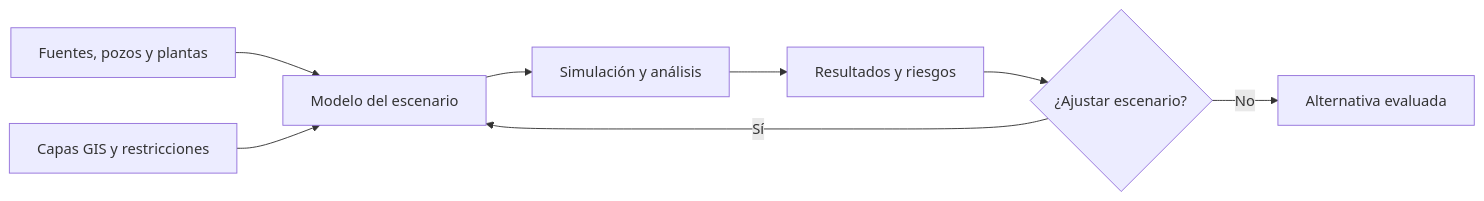
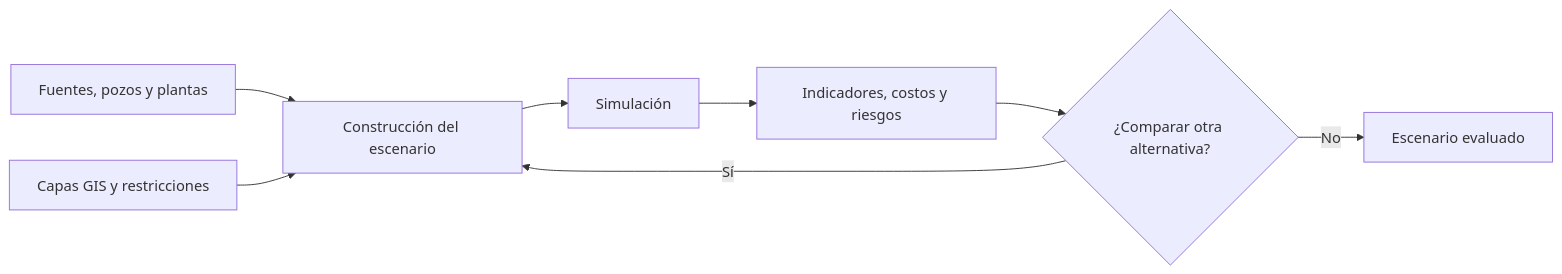
The diagram in README.md (isaiassolis/industrial-water-logistics-simulation), drawn with Mermaid before and after one commit. The commit also changed other lines of this file, not shown here.

````diff
--- a/README.md
+++ b/README.md
@@ -85,10 +91,10 @@
 ```mermaid
 flowchart LR
-  A[Fuentes, pozos y plantas] --> B[Modelo del escenario]
+  A[Fuentes, pozos y plantas] --> B[Construcción del escenario]
   C[Capas GIS y restricciones] --> B
-  B --> D[Simulación y análisis]
-  D --> E[Resultados y riesgos]
-  E --> F{¿Ajustar escenario?}
+  B --> D[Simulación]
+  D --> E[Indicadores, costos y riesgos]
+  E --> F{¿Comparar otra alternativa?}
   F -->|Sí| B
-  F -->|No| G[Alternativa evaluada]
+  F -->|No| G[Escenario evaluado]
 ```
````
